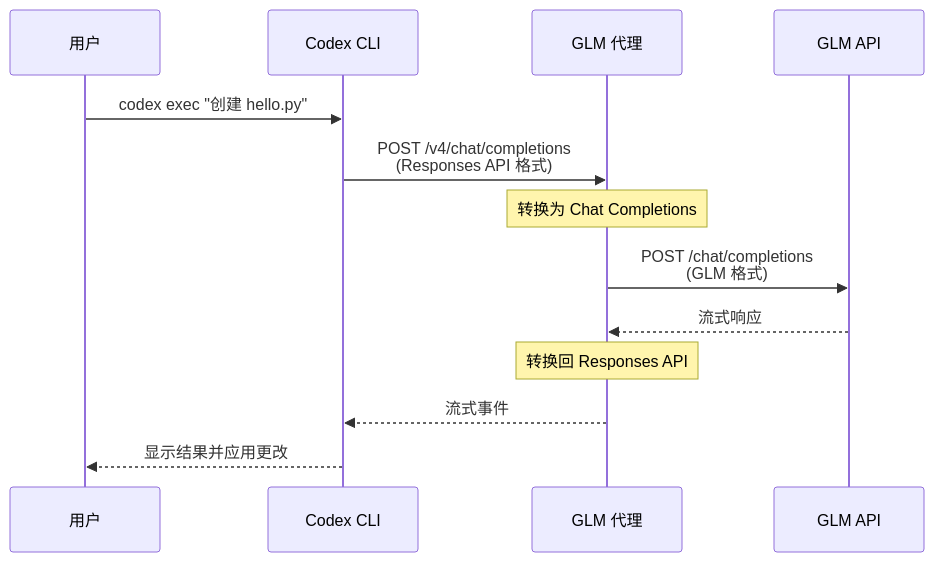
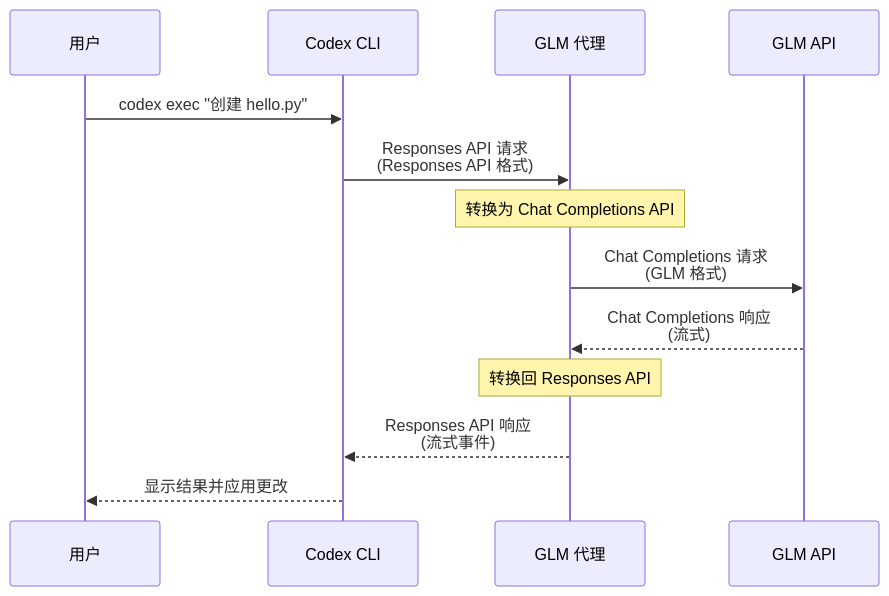
One commit to JeasonWang/codex-glm-proxy changed the first of 2 diagrams in README_CN.md. Above: the diagram before and after it, drawn with Mermaid. The commit also changed other lines of this file and 1 other file, not shown here.

First line of the commit message:
Fix data flow diagrams - correct API format descriptions

````diff
--- a/README_CN.md
+++ b/README_CN.md
@@ -78,16 +78,16 @@
 ```mermaid
 sequenceDiagram
     participant U as 用户
     participant C as Codex CLI
     participant P as GLM 代理
     participant G as GLM API
 
     U->>C: codex exec "创建 hello.py"
-    C->>P: POST /v4/chat/completions<br/>(Responses API 格式)
-    Note over P: 转换为 Chat Completions
-    P->>G: POST /chat/completions<br/>(GLM 格式)
-    G-->>P: 流式响应
+    C->>P: Responses API 请求<br/>(Responses API 格式)
+    Note over P: 转换为 Chat Completions API
+    P->>G: Chat Completions 请求<br/>(GLM 格式)
+    G-->>P: Chat Completions 响应<br/>(流式)
     Note over P: 转换回 Responses API
-    P-->>C: 流式事件
+    P-->>C: Responses API 响应<br/>(流式事件)
     C-->>U: 显示结果并应用更改
 ```
````
